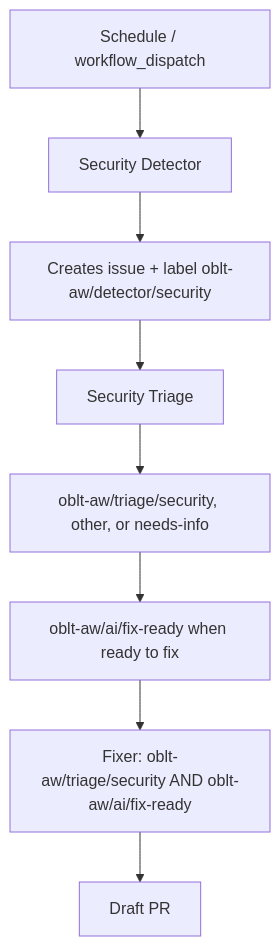
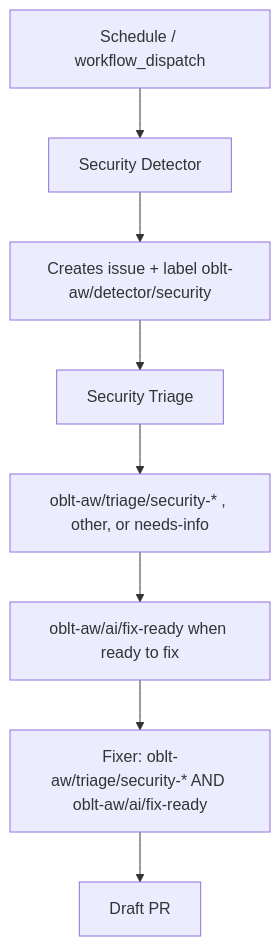
Before and after one commit to elastic/oblt-aw: the diagram in docs/architecture/security-agent-architecture.md, drawn with Mermaid. The commit also changed other lines of this file and 2 other files, not shown here.

First line of the commit message:
docs(security): align architecture and ruleset for issue 3758 step 1 (#142)

````diff
--- a/docs/architecture/security-agent-architecture.md
+++ b/docs/architecture/security-agent-architecture.md
@@ -23,10 +23,10 @@
 ```mermaid
 flowchart TD
   A[Schedule / workflow_dispatch] --> B[Security Detector]
   B --> C[Creates issue + label oblt-aw/detector/security]
   C --> D[Security Triage]
-  D --> E["oblt-aw/triage/security, other, or needs-info"]
+  D --> E["oblt-aw/triage/security-* , other, or needs-info"]
   E --> F[oblt-aw/ai/fix-ready when ready to fix]
-  F --> G["Fixer: oblt-aw/triage/security AND oblt-aw/ai/fix-ready"]
+  F --> G["Fixer: oblt-aw/triage/security-* AND oblt-aw/ai/fix-ready"]
   G --> H[Draft PR]
 ```
````
